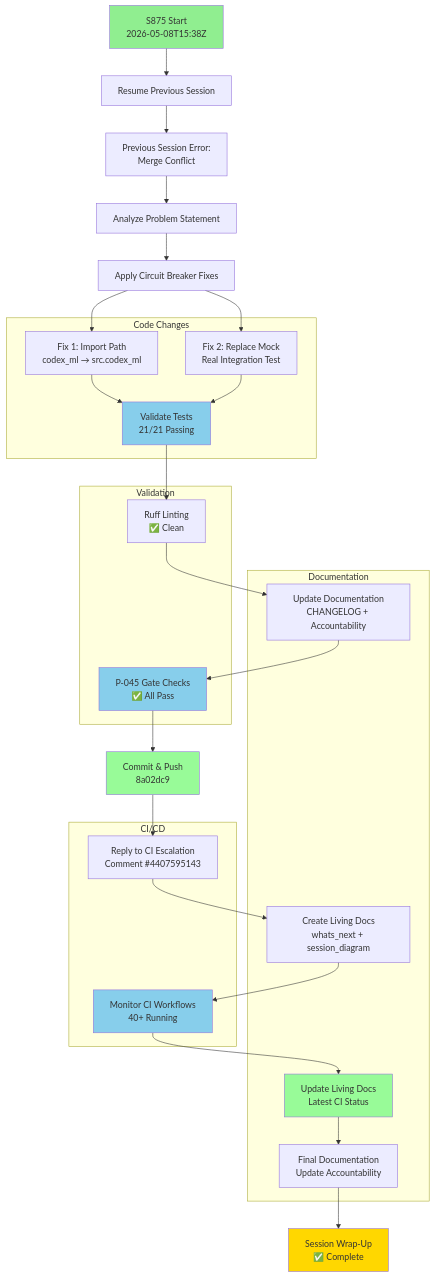
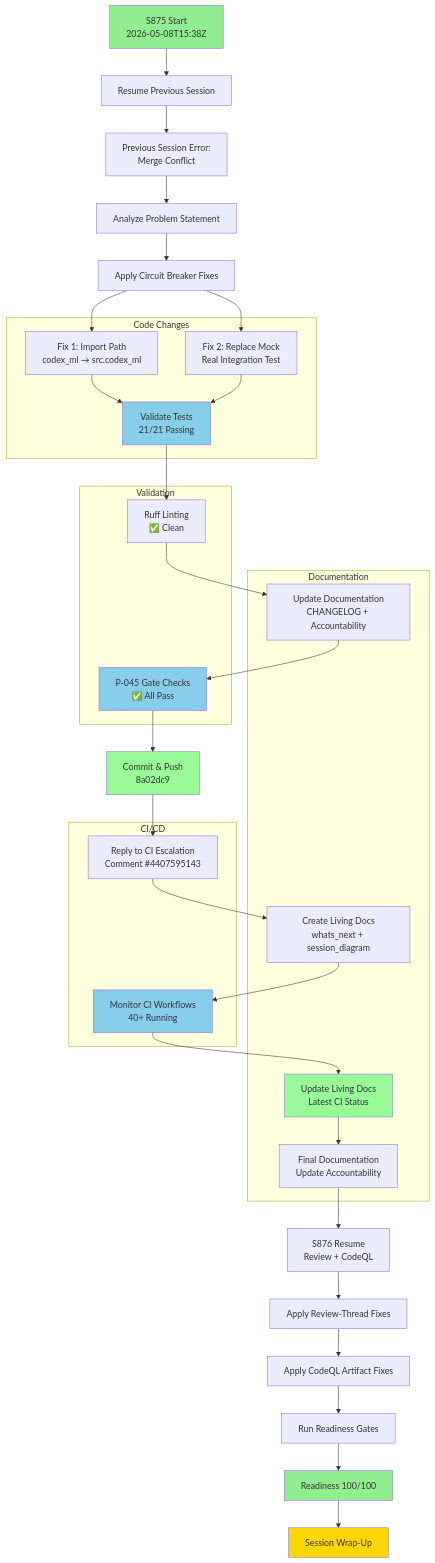
Before and after one commit to Aries-Serpent/_codex_: the first of 4 diagrams in docs/sessions/PR4366_session_diagram.md, drawn with Mermaid. The commit also changed other lines of this file and 11 other files, not shown here.

First line of the commit message:
fix: apply PR review and CodeQL remediation; raise readiness to 100

````diff
--- a/docs/sessions/PR4366_session_diagram.md
+++ b/docs/sessions/PR4366_session_diagram.md
@@ -12,59 +12,65 @@
 ```mermaid
 graph TD
     A[S875 Start<br/>2026-05-08T15:38Z] --> B[Resume Previous Session]
     B --> C[Previous Session Error:<br/>Merge Conflict]
     C --> D[Analyze Problem Statement]
     D --> E[Apply Circuit Breaker Fixes]
     
     E --> F[Fix 1: Import Path<br/>codex_ml → src.codex_ml]
     E --> G[Fix 2: Replace Mock<br/>Real Integration Test]
     
     F --> H[Validate Tests<br/>21/21 Passing]
     G --> H
     
     H --> I[Ruff Linting<br/>✅ Clean]
     I --> J[Update Documentation<br/>CHANGELOG + Accountability]
     
     J --> K[P-045 Gate Checks<br/>✅ All Pass]
     K --> L[Commit & Push<br/>8a02dc9]
     
     L --> M[Reply to CI Escalation<br/>Comment #4407595143]
     M --> N[Create Living Docs<br/>whats_next + session_diagram]
     
     N --> O[Monitor CI Workflows<br/>40+ Running]
     O --> P[Update Living Docs<br/>Latest CI Status]
     
     P --> Q[Final Documentation<br/>Update Accountability]
-    Q --> R[Session Wrap-Up<br/>✅ Complete]
+    Q --> R[S876 Resume<br/>Review + CodeQL]
+    R --> S[Apply Review-Thread Fixes]
+    S --> T[Apply CodeQL Artifact Fixes]
+    T --> U[Run Readiness Gates]
+    U --> V[Readiness 100/100]
+    V --> W[Session Wrap-Up]
     
     style A fill:#90EE90
-    style R fill:#FFD700
+    style W fill:#FFD700
     style H fill:#87CEEB
     style K fill:#87CEEB
     style L fill:#98FB98
     style O fill:#87CEEB
     style P fill:#98FB98
+    style V fill:#90EE90
     
     subgraph "Code Changes"
         F
         G
         H
     end
     
     subgraph "Documentation"
         J
         N
         P
         Q
     end
     
     subgraph "CI/CD"
         M
         O
     end
     
     subgraph "Validation"
         I
         K
     end
 ```
````
